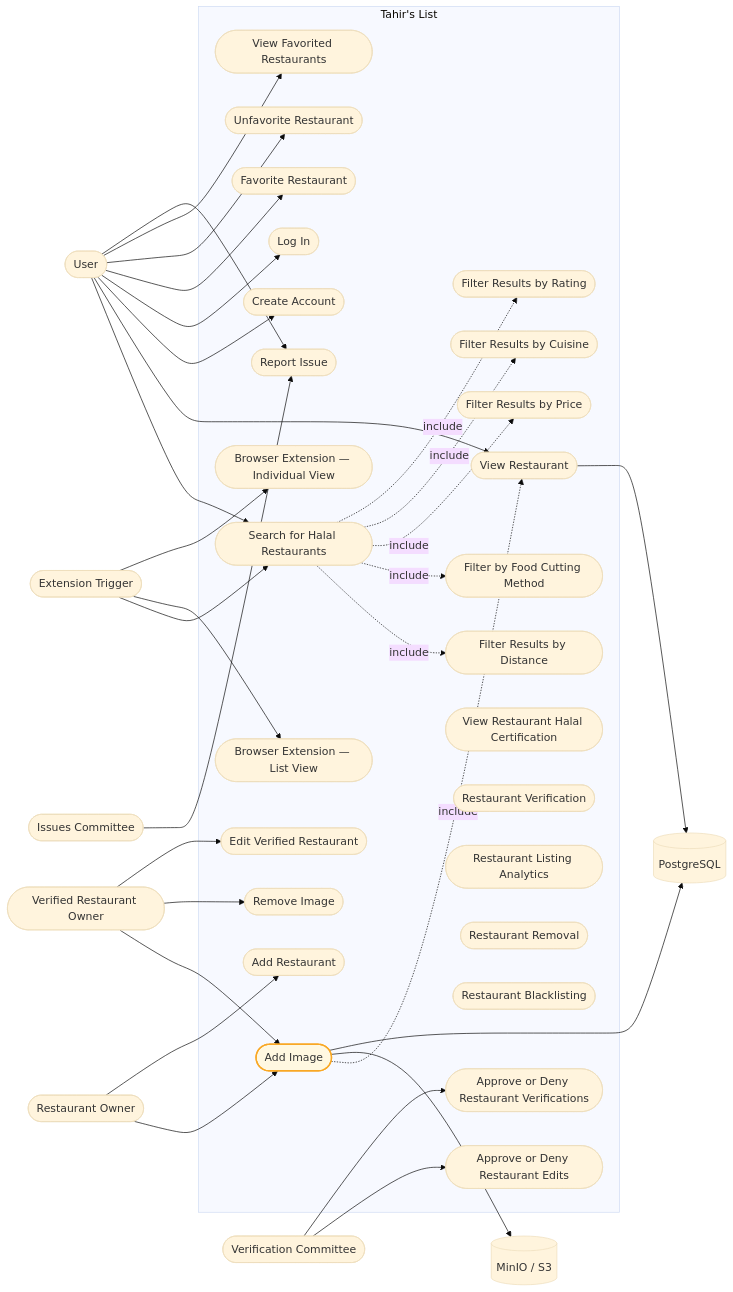
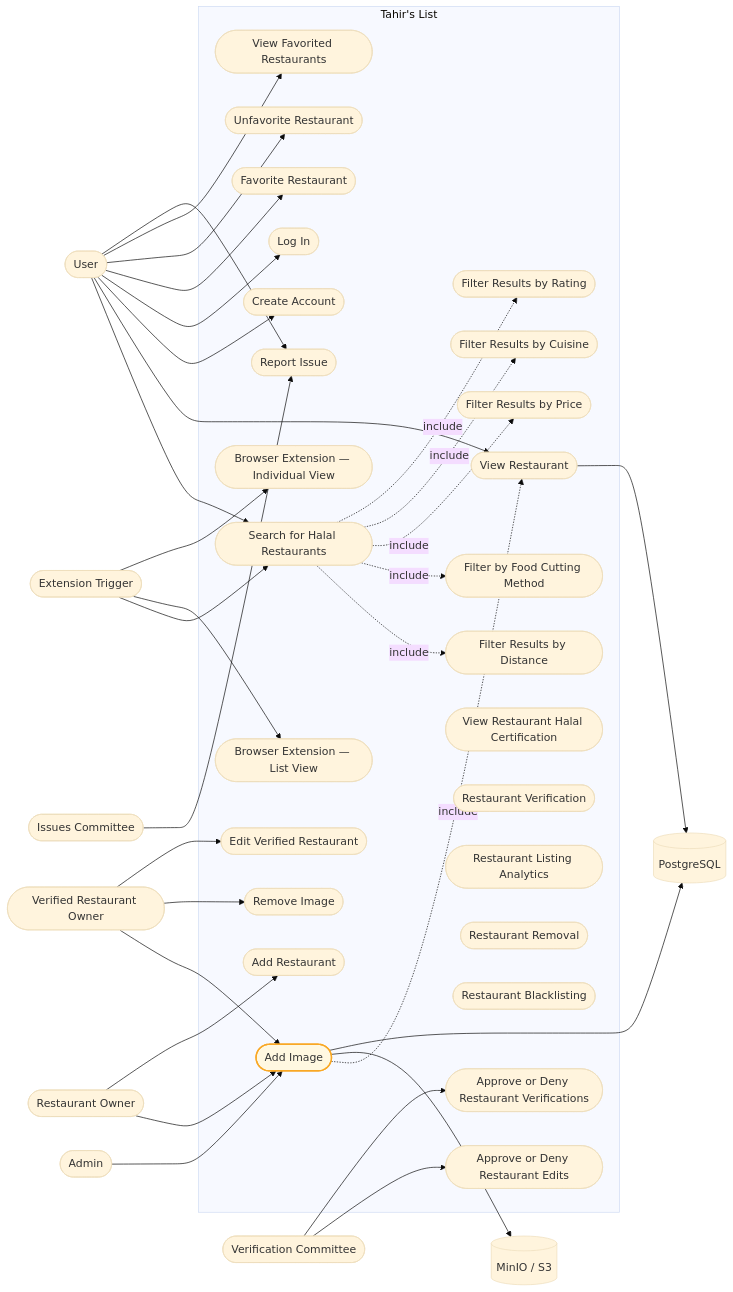
One commit to Losers-Lab/tahirs-list changed the second of 2 diagrams in docs/features/SC-205/03-use-case-diagram.md. Above: the diagram before and after it, drawn with Mermaid (base theme). The commit also changed other lines of this file and 8 other files, not shown here.

````diff
--- a/docs/features/SC-205/03-use-case-diagram.md
+++ b/docs/features/SC-205/03-use-case-diagram.md
@@ -34,27 +38,27 @@
 ```mermaid
 flowchart LR
-  RO([Restaurant Owner]); VRO([Verified Restaurant Owner]); U([User]); VC([Verification Committee]); IC([Issues Committee]); ET([Extension Trigger])
+  RO([Restaurant Owner]); VRO([Verified Restaurant Owner]); AD([Admin]); U([User]); VC([Verification Committee]); IC([Issues Committee]); ET([Extension Trigger])
 
   subgraph System["Tahir's List"]
     S1([Search for Halal Restaurants]); S2([Filter Results by Distance]); S3([Filter by Food Cutting Method]); S4([Filter Results by Price]); S5([Filter Results by Cuisine]); S6([Filter Results by Rating])
     V1([View Restaurant]); V2([View Restaurant Halal Certification])
     A1([Create Account]); A2([Log In]); F1([Favorite Restaurant]); F2([Unfavorite Restaurant]); F3([View Favorited Restaurants])
     I1([Add Image]); I2([Remove Image]); I3([Report Issue])
     R1([Add Restaurant]); R2([Restaurant Verification]); R3([Edit Verified Restaurant]); R4([Restaurant Listing Analytics]); R5([Restaurant Removal]); R6([Restaurant Blacklisting])
     C1([Approve or Deny Restaurant Edits]); C2([Approve or Deny Restaurant Verifications])
     E1([Browser Extension — List View]); E2([Browser Extension — Individual View])
   end
   OBJ[("MinIO / S3")]
   PG[("PostgreSQL")]
 
   U --> S1; U --> V1; U --> A1; U --> A2; U --> F1; U --> F2; U --> F3; U --> I3
-  RO --> I1; VRO --> I1; VRO --> I2; VRO --> R3; RO --> R1
+  RO --> I1; VRO --> I1; AD --> I1; VRO --> I2; VRO --> R3; RO --> R1
   VC --> C1; VC --> C2; IC --> I3
   ET --> S1; ET --> E1; ET --> E2
   S1 -. include .-> S2; S1 -. include .-> S3; S1 -. include .-> S4; S1 -. include .-> S5; S1 -. include .-> S6
   I1 -. include .-> V1
   I1 --> OBJ; I1 --> PG; V1 --> PG
 
   classDef changed fill:#fff8e1,stroke:#f9a825,stroke-width:2px
   class I1 changed
 ```
````
